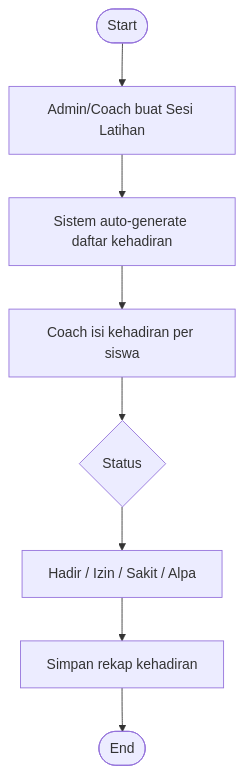
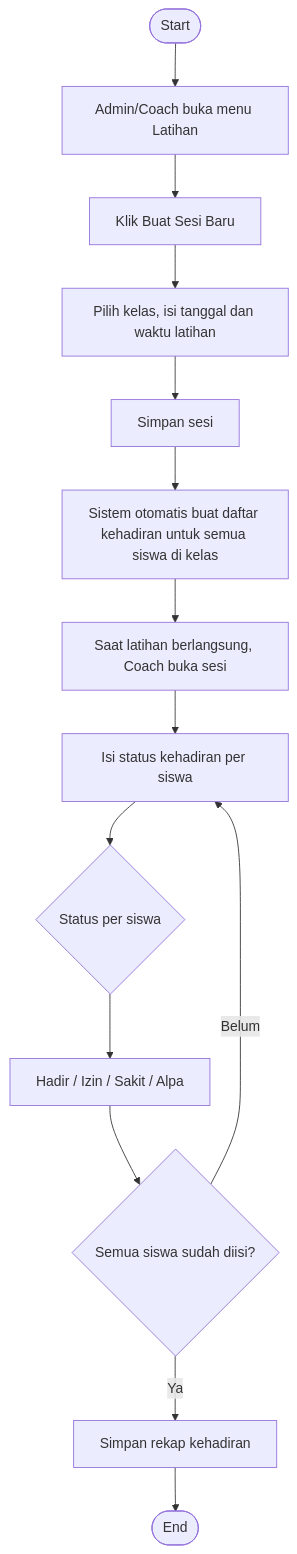
Before and after one commit to Hendrasetyawan1945/sistem-manajemen-kolam: the fourth of 11 diagrams in docs/alur-sistem.md, drawn with Mermaid. The commit also changed other lines of this file and 1 other file, not shown here.

````diff
--- a/docs/alur-sistem.md
+++ b/docs/alur-sistem.md
@@ -36,10 +112,16 @@
 ```mermaid
 flowchart TD
-    A([Start]) --> B[Admin/Coach buat Sesi Latihan]
-    B --> C[Sistem auto-generate daftar kehadiran]
-    C --> D[Coach isi kehadiran per siswa]
-    D --> E{Status}
-    E --> F[Hadir / Izin / Sakit / Alpa]
-    F --> G[Simpan rekap kehadiran]
-    G --> H([End])
+    A([Start]) --> B[Admin/Coach buka menu Latihan]
+    B --> C[Klik Buat Sesi Baru]
+    C --> D[Pilih kelas, isi tanggal dan waktu latihan]
+    D --> E[Simpan sesi]
+    E --> F[Sistem otomatis buat daftar kehadiran untuk semua siswa di kelas]
+    F --> G[Saat latihan berlangsung, Coach buka sesi]
+    G --> H[Isi status kehadiran per siswa]
+    H --> I{Status per siswa}
+    I --> J[Hadir / Izin / Sakit / Alpa]
+    J --> K{Semua siswa sudah diisi?}
+    K -->|Belum| H
+    K -->|Ya| L[Simpan rekap kehadiran]
+    L --> M([End])
 ```
````
